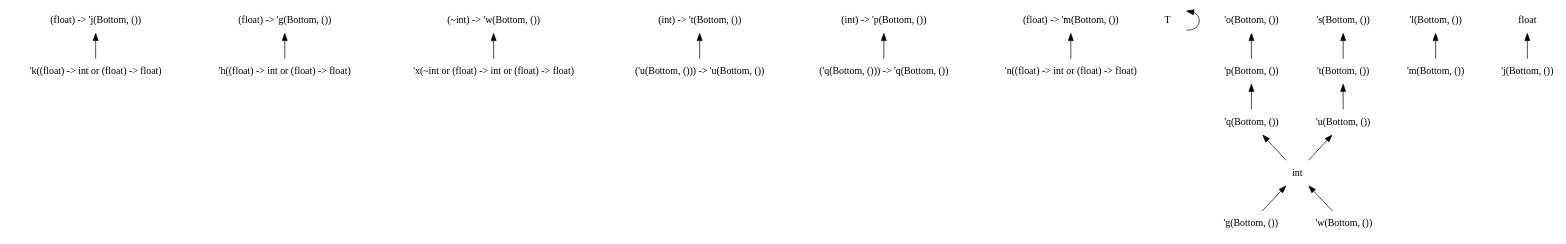
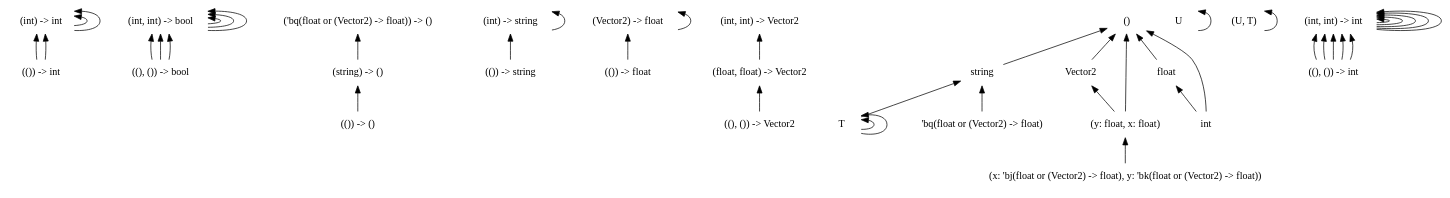
One commit to chocobo333/regino changed the diagram in dots/1.dot. Above: the diagram before and after it, drawn with Graphviz. The commit also changed 37 other files, not shown here.

```diff
--- a/dots/1.dot
+++ b/dots/1.dot
@@ -1,54 +1,82 @@
 digraph order {
   graph [
     size = "30,10"
     ];
   node [
     shape = none
     ];
   edge [
     dir = back
     ];
-  "(float) -> 'j(Bottom, ())"
-  "(float) -> 'g(Bottom, ())"
-  "(~int) -> 'w(Bottom, ())"
-  "(int) -> 't(Bottom, ())"
-  "(int) -> 'p(Bottom, ())"
-  "(float) -> 'm(Bottom, ())"
+  "(()) -> int"
+  "(int) -> int"
+  "((), ()) -> bool"
+  "(int, int) -> bool"
+  "(()) -> ()"
+  "(string) -> ()"
+  "(()) -> string"
+  "(int) -> string"
+  "(()) -> float"
+  "(Vector2) -> float"
+  "((), ()) -> Vector2"
+  "(float, float) -> Vector2"
+  "('bq(float or (Vector2) -> float)) -> ()"
+  "(int, int) -> Vector2"
+  "string"
+  "Vector2"
+  "(y: float, x: float)"
+  "(x: 'bj(float or (Vector2) -> float), y: 'bk(float or (Vector2) -> float))"
   "T"
-  "'x(~int or (float) -> int or (float) -> float)"
-  "'h((float) -> int or (float) -> float)"
-  "'k((float) -> int or (float) -> float)"
-  "'n((float) -> int or (float) -> float)"
-  "'t(Bottom, ())"
-  "'u(Bottom, ())"
-  "'p(Bottom, ())"
-  "'q(Bottom, ())"
-  "'m(Bottom, ())"
-  "'g(Bottom, ())"
-  "'w(Bottom, ())"
-  "'j(Bottom, ())"
-  "'s(Bottom, ())"
-  "'o(Bottom, ())"
-  "'l(Bottom, ())"
+  "U"
+  "T"
+  "T"
+  "()"
+  "(U, T)"
   "float"
+  "'bq(float or (Vector2) -> float)"
   "int"
-  "('u(Bottom, ())) -> 'u(Bottom, ())"
-  "('q(Bottom, ())) -> 'q(Bottom, ())"
-  "(int) -> 'p(Bottom, ())" -> "('q(Bottom, ())) -> 'q(Bottom, ())"
-  "(float) -> 'm(Bottom, ())" -> "'n((float) -> int or (float) -> float)"
-  "(float) -> 'j(Bottom, ())" -> "'k((float) -> int or (float) -> float)"
-  "(float) -> 'g(Bottom, ())" -> "'h((float) -> int or (float) -> float)"
+  "((), ()) -> int"
+  "(int, int) -> int"
+  "(float, float) -> Vector2" -> "((), ()) -> Vector2"
+  "(int, int) -> Vector2" -> "(float, float) -> Vector2"
+  "(int, int) -> int" -> "((), ()) -> int"
+  "(int, int) -> int" -> "((), ()) -> int"
+  "(int, int) -> int" -> "((), ()) -> int"
+  "(int, int) -> int" -> "((), ()) -> int"
+  "(int, int) -> int" -> "((), ()) -> int"
+  "(int, int) -> int" -> "(int, int) -> int"
+  "(int) -> int" -> "(()) -> int"
+  "(int) -> int" -> "(()) -> int"
+  "(int) -> int" -> "(int) -> int"
+  "(int, int) -> int" -> "(int, int) -> int"
+  "(int) -> int" -> "(int) -> int"
+  "(int, int) -> int" -> "(int, int) -> int"
+  "(int, int) -> bool" -> "((), ()) -> bool"
+  "(int, int) -> bool" -> "((), ()) -> bool"
+  "(int, int) -> bool" -> "((), ()) -> bool"
+  "(int, int) -> bool" -> "(int, int) -> bool"
+  "(int, int) -> bool" -> "(int, int) -> bool"
+  "(int) -> string" -> "(()) -> string"
+  "(int) -> string" -> "(int) -> string"
+  "(string) -> ()" -> "(()) -> ()"
+  "string" -> "T"
+  "string" -> "'bq(float or (Vector2) -> float)"
+  "Vector2" -> "(y: float, x: float)"
+  "('bq(float or (Vector2) -> float)) -> ()" -> "(string) -> ()"
+  "(int, int) -> bool" -> "(int, int) -> bool"
+  "(int, int) -> int" -> "(int, int) -> int"
+  "(int, int) -> int" -> "(int, int) -> int"
+  "(y: float, x: float)" -> "(x: 'bj(float or (Vector2) -> float), y: 'bk(float or (Vector2) -> float))"
   "T" -> "T"
-  "float" -> "'j(Bottom, ())"
-  "'s(Bottom, ())" -> "'t(Bottom, ())"
-  "'u(Bottom, ())" -> "int"
-  "'t(Bottom, ())" -> "'u(Bottom, ())"
-  "int" -> "'g(Bottom, ())"
-  "int" -> "'w(Bottom, ())"
-  "'o(Bottom, ())" -> "'p(Bottom, ())"
-  "'q(Bottom, ())" -> "int"
-  "'p(Bottom, ())" -> "'q(Bottom, ())"
-  "'l(Bottom, ())" -> "'m(Bottom, ())"
-  "(~int) -> 'w(Bottom, ())" -> "'x(~int or (float) -> int or (float) -> float)"
-  "(int) -> 't(Bottom, ())" -> "('u(Bottom, ())) -> 'u(Bottom, ())"
+  "U" -> "U"
+  "T" -> "T"
+  "()" -> "string"
+  "()" -> "Vector2"
+  "()" -> "(y: float, x: float)"
+  "()" -> "float"
+  "()" -> "int"
+  "(U, T)" -> "(U, T)"
+  "float" -> "int"
+  "(Vector2) -> float" -> "(()) -> float"
+  "(Vector2) -> float" -> "(Vector2) -> float"
 }
```
